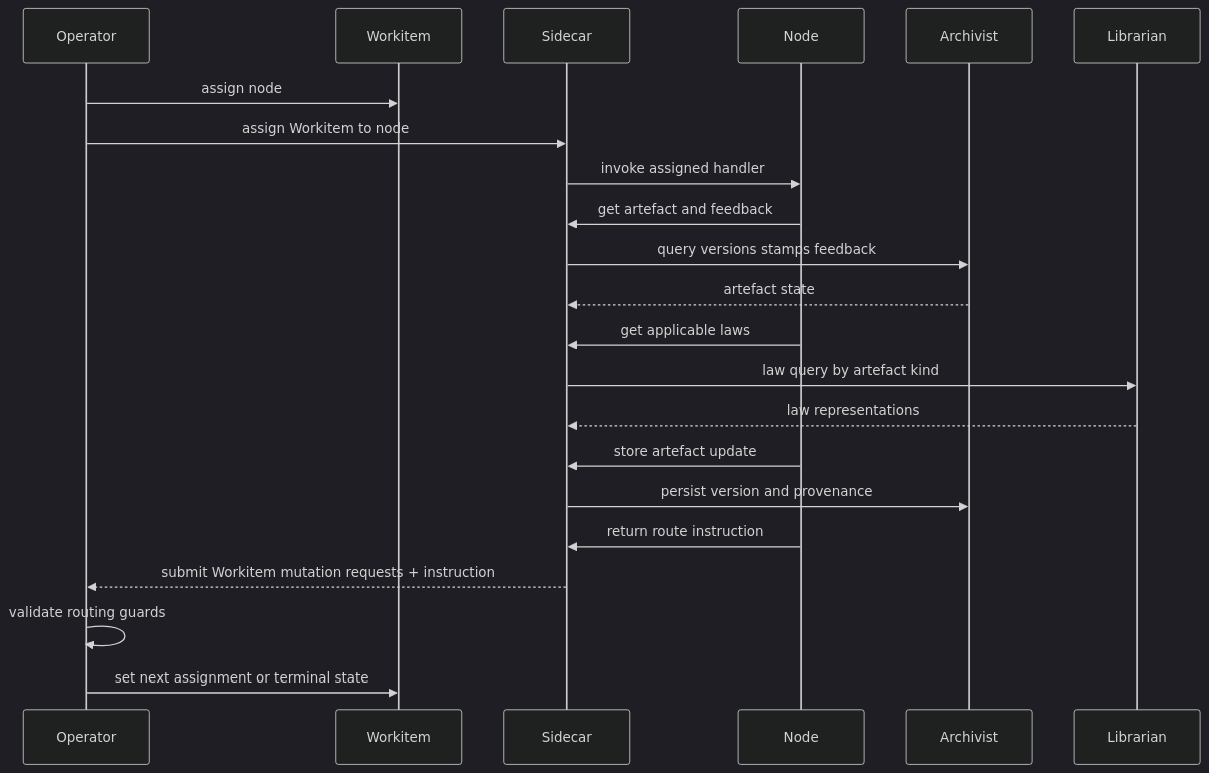
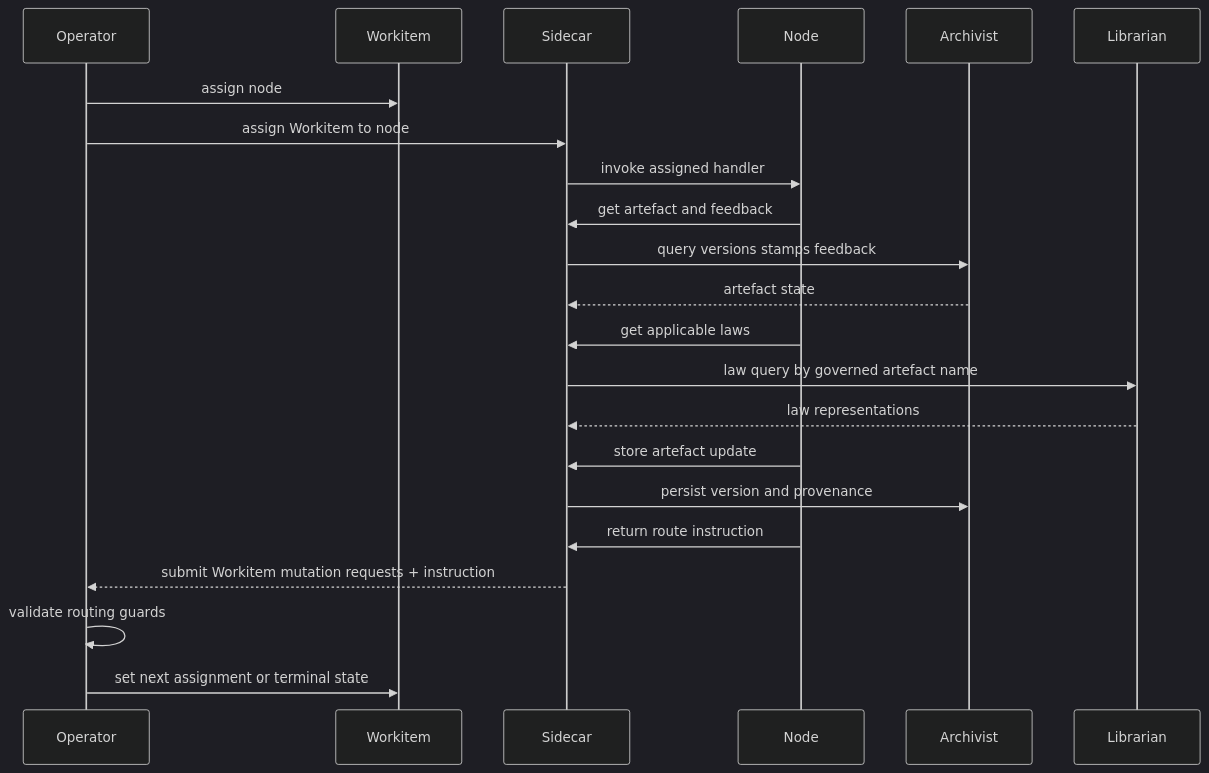
Before and after one commit to really-knows-ai/gideas: the second of 3 diagrams in specs/02-flow/00-overview.md, drawn with Mermaid (dark theme). The commit also changed other lines of this file and 59 other files, not shown here.

First line of the commit message:
refactor: remove spec.kind from GovernedArtefact, rename proto kind to governed_artefact

````diff
--- a/specs/02-flow/00-overview.md
+++ b/specs/02-flow/00-overview.md
@@ -48,25 +48,25 @@
 ```mermaid
 sequenceDiagram
     participant OP as Operator
     participant WI as Workitem
     participant SC as Sidecar
     participant ND as Node
     participant AR as Archivist
     participant LB as Librarian
 
     OP->>WI: assign node
     OP->>SC: assign Workitem to node
     SC->>ND: invoke assigned handler
     ND->>SC: get artefact and feedback
     SC->>AR: query versions stamps feedback
     AR-->>SC: artefact state
     ND->>SC: get applicable laws
-    SC->>LB: law query by artefact kind
+    SC->>LB: law query by governed artefact name
     LB-->>SC: law representations
     ND->>SC: store artefact update
     SC->>AR: persist version and provenance
     ND->>SC: return route instruction
     SC-->>OP: submit Workitem mutation requests + instruction
     OP->>OP: validate routing guards
     OP->>WI: set next assignment or terminal state
 ```
````
